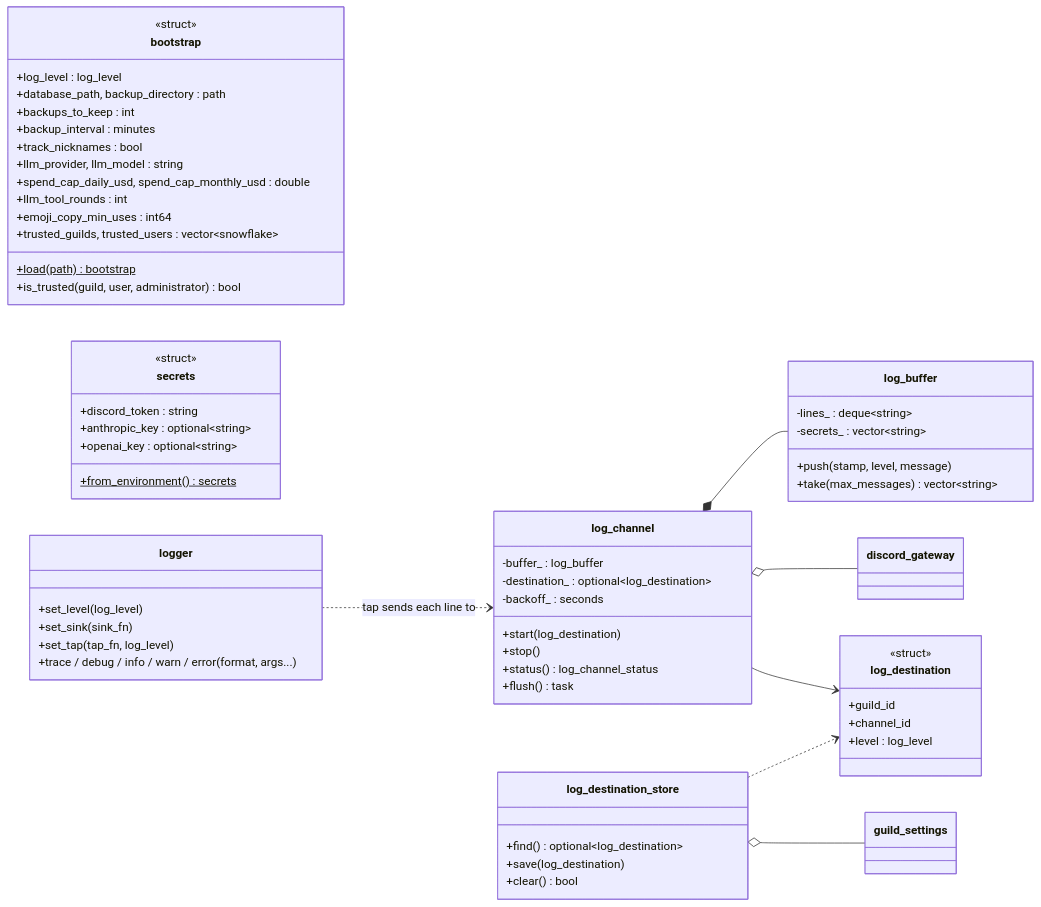
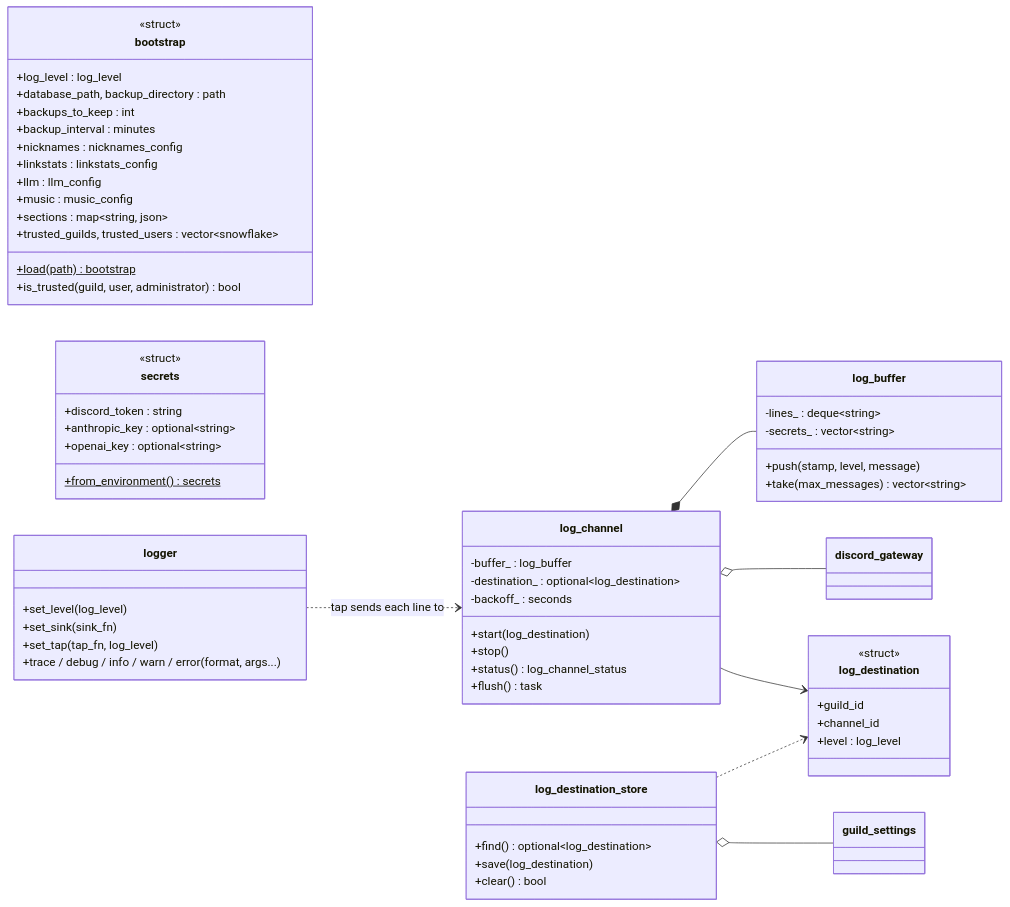
One commit to mhorn00/LatiBot-cpp changed diagram 13 of 13 in docs/architecture/Classes.md. Above: the diagram before and after it, drawn with Mermaid. The commit also changed other lines of this file and 33 other files, not shown here.

First line of the commit message:
config: sections, each key declared once

````diff
--- a/docs/architecture/Classes.md
+++ b/docs/architecture/Classes.md
@@ -1473,66 +1473,66 @@
 ```mermaid
 classDiagram
     direction LR
 
     class bootstrap {
         <<struct>>
         +log_level : log_level
         +database_path, backup_directory : path
         +backups_to_keep : int
         +backup_interval : minutes
-        +track_nicknames : bool
-        +llm_provider, llm_model : string
-        +spend_cap_daily_usd, spend_cap_monthly_usd : double
-        +llm_tool_rounds : int
-        +emoji_copy_min_uses : int64
+        +nicknames : nicknames_config
+        +linkstats : linkstats_config
+        +llm : llm_config
+        +music : music_config
+        +sections : map~string, json~
         +trusted_guilds, trusted_users : vector~snowflake~
         +load(path)$ bootstrap
         +is_trusted(guild, user, administrator) bool
     }
     class secrets {
         <<struct>>
         +discord_token : string
         +anthropic_key : optional~string~
         +openai_key : optional~string~
         +from_environment()$ secrets
     }
     class logger {
         +set_level(log_level)
         +set_sink(sink_fn)
         +set_tap(tap_fn, log_level)
         +trace / debug / info / warn / error(format, args...)
     }
     class log_channel {
         -buffer_ : log_buffer
         -destination_ : optional~log_destination~
         -backoff_ : seconds
         +start(log_destination)
         +stop()
         +status() log_channel_status
         +flush() task
     }
     class log_buffer {
         -lines_ : deque~string~
         -secrets_ : vector~string~
         +push(stamp, level, message)
         +take(max_messages) vector~string~
     }
     class log_destination {
         <<struct>>
         +guild_id
         +channel_id
         +level : log_level
     }
     class log_destination_store {
         +find() optional~log_destination~
         +save(log_destination)
         +clear() bool
     }
 
     logger ..> log_channel : tap sends each line to
     log_channel *-- log_buffer
     log_channel o-- discord_gateway
     log_channel --> log_destination
     log_destination_store ..> log_destination
     log_destination_store o-- guild_settings
 ```
````
